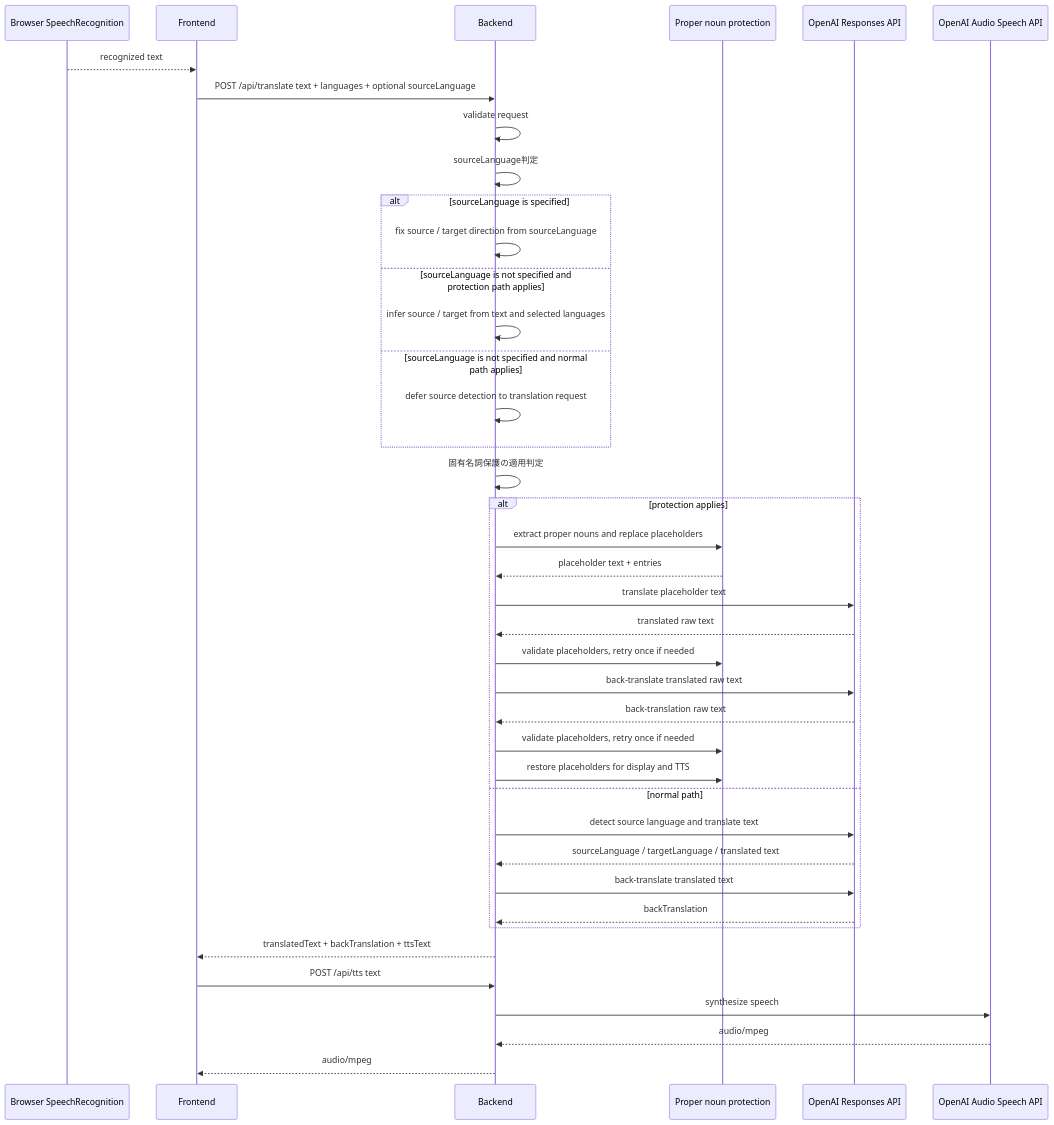
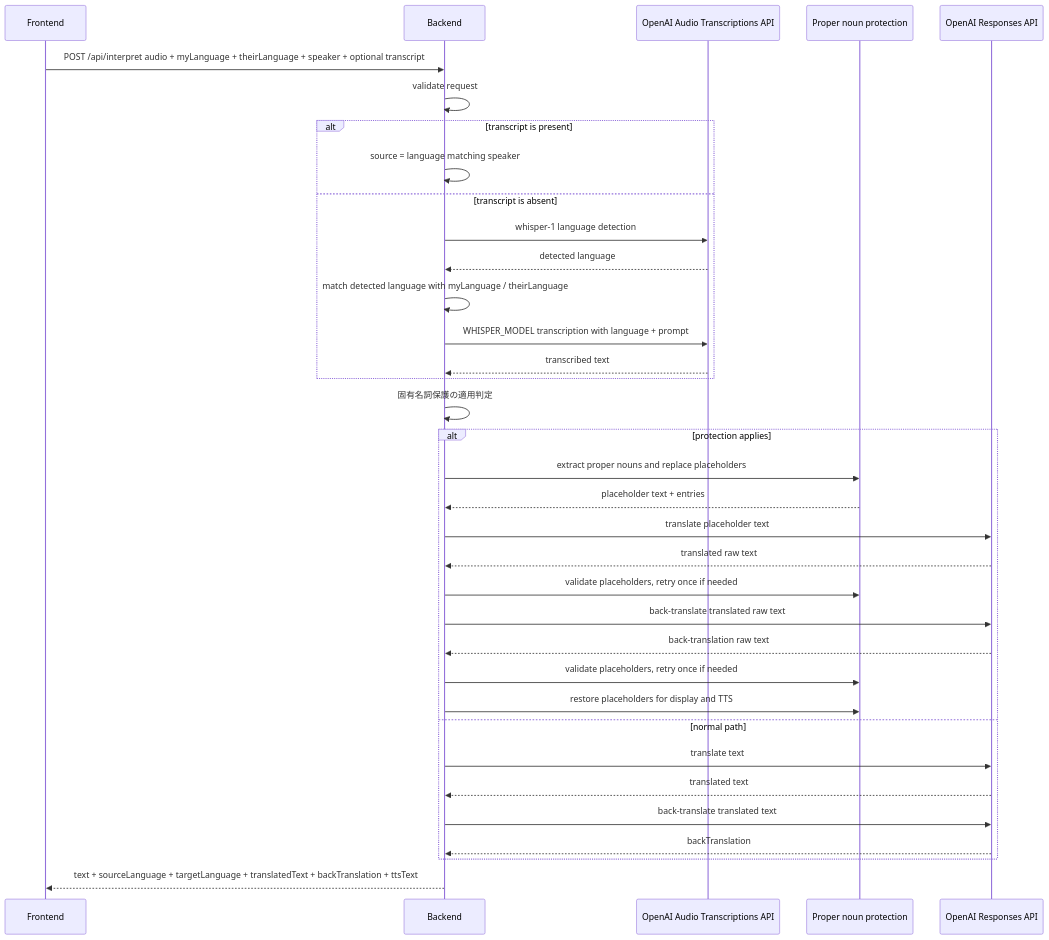
Before and after one commit to shin-arita/gotalk: the second of 3 diagrams in docs/architecture.md, drawn with Mermaid. The commit also changed other lines of this file and 10 other files, not shown here.

First line of the commit message:
docs: ドキュメントを現行実装（/api/interpret 構成）に合わせて修正

````diff
--- a/docs/architecture.md
+++ b/docs/architecture.md
@@ -109,43 +117,38 @@
 ```mermaid
 sequenceDiagram
-  participant Browser as Browser SpeechRecognition
   participant FE as Frontend
   participant BE as Backend
+  participant WH as OpenAI Audio Transcriptions API
   participant PN as Proper noun protection
   participant OA as OpenAI Responses API
-  participant TTS as OpenAI Audio Speech API
 
-  Browser-->>FE: recognized text
-  FE->>BE: POST /api/translate text + languages + optional sourceLanguage
+  FE->>BE: POST /api/interpret audio + myLanguage + theirLanguage + speaker + optional transcript
   BE->>BE: validate request
-  BE->>BE: sourceLanguage判定
-  alt sourceLanguage is specified
-    BE->>BE: fix source / target direction from sourceLanguage
-  else sourceLanguage is not specified and protection path applies
-    BE->>BE: infer source / target from text and selected languages
-  else sourceLanguage is not specified and normal path applies
-    BE->>BE: defer source detection to translation request
+  alt transcript is present
+    BE->>BE: source = language matching speaker
+  else transcript is absent
+    BE->>WH: whisper-1 language detection
+    WH-->>BE: detected language
+    BE->>BE: match detected language with myLanguage / theirLanguage
+    BE->>WH: WHISPER_MODEL transcription with language + prompt
+    WH-->>BE: transcribed text
   end
   BE->>BE: 固有名詞保護の適用判定
   alt protection applies
     BE->>PN: extract proper nouns and replace placeholders
     PN-->>BE: placeholder text + entries
     BE->>OA: translate placeholder text
     OA-->>BE: translated raw text
     BE->>PN: validate placeholders, retry once if needed
     BE->>OA: back-translate translated raw text
     OA-->>BE: back-translation raw text
     BE->>PN: validate placeholders, retry once if needed
     BE->>PN: restore placeholders for display and TTS
   else normal path
-    BE->>OA: detect source language and translate text
-    OA-->>BE: sourceLanguage / targetLanguage / translated text
+    BE->>OA: translate text
+    OA-->>BE: translated text
     BE->>OA: back-translate translated text
     OA-->>BE: backTranslation
   end
-  BE-->>FE: translatedText + backTranslation + ttsText
-  FE->>BE: POST /api/tts text
-  BE->>TTS: synthesize speech
-  TTS-->>BE: audio/mpeg
-  BE-->>FE: audio/mpeg
+  BE-->>FE: text + sourceLanguage + targetLanguage + translatedText + backTranslation + ttsText
 ```
````
